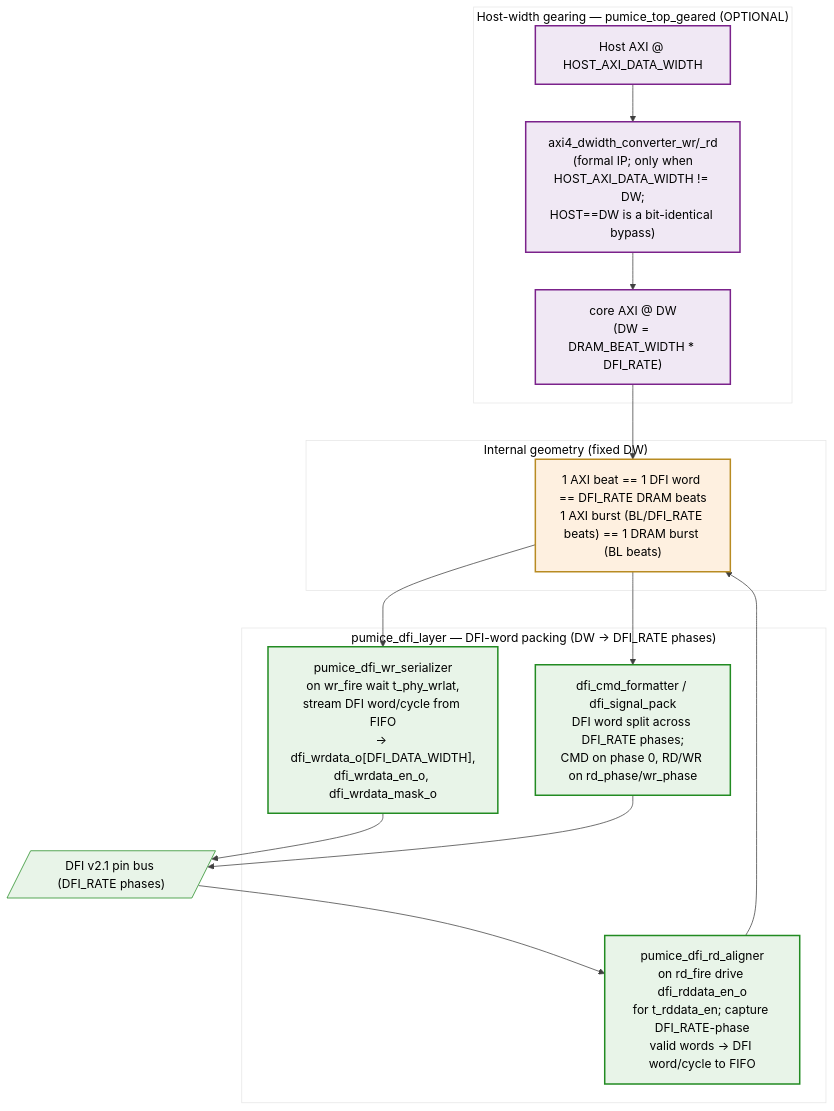
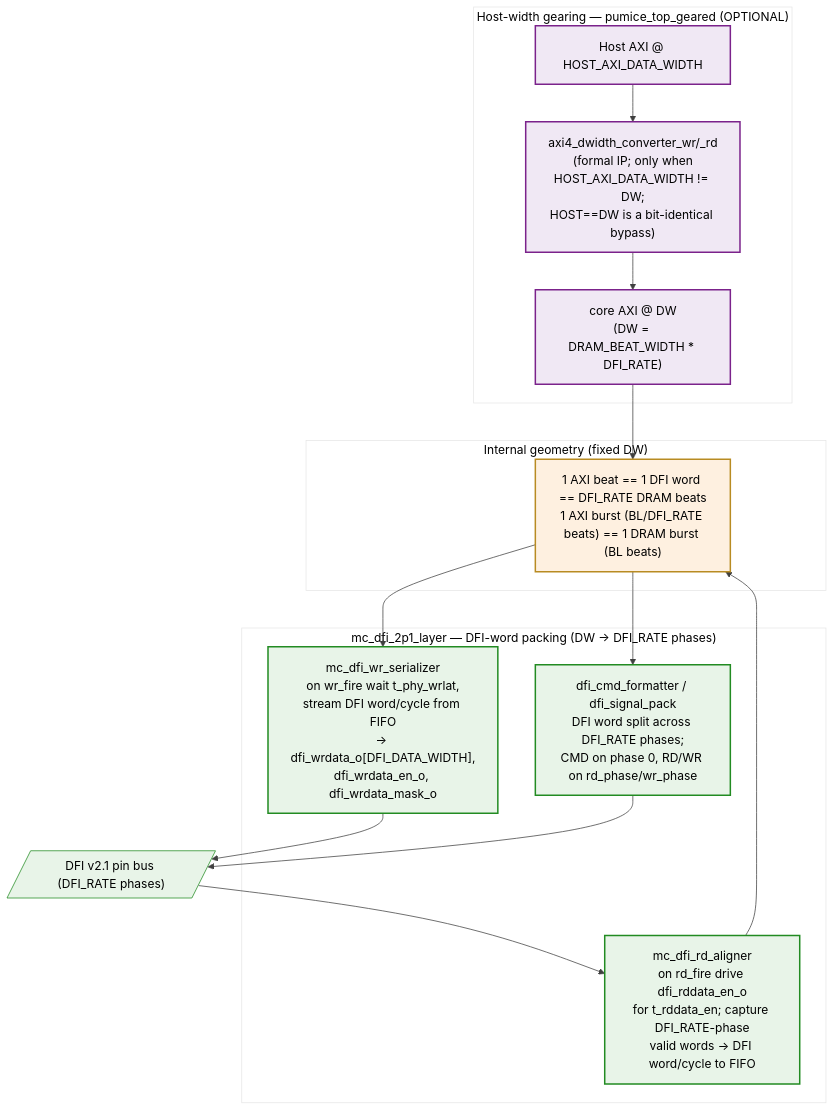
The diagram in projects/components/mem-ctrl-ip/research-ip/pumice-ddr2-lpddr2/docs/pumice_mas/assets/mermaid/13_gear_dfi_packing.mmd (sean-galloway/RTLDesignSherpa), drawn with Mermaid before and after one commit. The commit also changed 100 other files, not shown here.

```diff
--- a/projects/components/mem-ctrl-ip/research-ip/pumice-ddr2-lpddr2/docs/pumice_mas/assets/mermaid/13_gear_dfi_packing.mmd
+++ b/projects/components/mem-ctrl-ip/research-ip/pumice-ddr2-lpddr2/docs/pumice_mas/assets/mermaid/13_gear_dfi_packing.mmd
@@ -1,37 +1,37 @@
 %%{init: {'theme': 'base', 'themeVariables': { 'primaryColor': '#e8f4e8', 'primaryTextColor': '#000', 'primaryBorderColor': '#228B22', 'lineColor': '#404040', 'secondaryColor': '#f0f0f0', 'tertiaryColor': '#fff'}}}%%
 flowchart TB
     subgraph HOSTGEAR["Host-width gearing — pumice_top_geared (OPTIONAL)"]
         host["Host AXI @ HOST_AXI_DATA_WIDTH"]
         conv["axi4_dwidth_converter_wr/_rd<br/>(formal IP; only when<br/>HOST_AXI_DATA_WIDTH != DW;<br/>HOST==DW is a bit-identical bypass)"]
         core_axi["core AXI @ DW<br/>(DW = DRAM_BEAT_WIDTH * DFI_RATE)"]
     end
 
     subgraph INTERNAL["Internal geometry (fixed DW)"]
         geo["1 AXI beat == 1 DFI word == DFI_RATE DRAM beats<br/>1 AXI burst (BL/DFI_RATE beats) == 1 DRAM burst (BL beats)"]
     end
 
-    subgraph DFILAYER["pumice_dfi_layer — DFI-word packing (DW -> DFI_RATE phases)"]
-        wr_ser["pumice_dfi_wr_serializer<br/>on wr_fire wait t_phy_wrlat,<br/>stream DFI word/cycle from FIFO<br/>-> dfi_wrdata_o[DFI_DATA_WIDTH],<br/>dfi_wrdata_en_o, dfi_wrdata_mask_o"]
+    subgraph DFILAYER["mc_dfi_2p1_layer — DFI-word packing (DW -> DFI_RATE phases)"]
+        wr_ser["mc_dfi_wr_serializer<br/>on wr_fire wait t_phy_wrlat,<br/>stream DFI word/cycle from FIFO<br/>-> dfi_wrdata_o[DFI_DATA_WIDTH],<br/>dfi_wrdata_en_o, dfi_wrdata_mask_o"]
         cmd_fmt["dfi_cmd_formatter / dfi_signal_pack<br/>DFI word split across DFI_RATE phases;<br/>CMD on phase 0, RD/WR on rd_phase/wr_phase"]
-        rd_align["pumice_dfi_rd_aligner<br/>on rd_fire drive dfi_rddata_en_o<br/>for t_rddata_en; capture DFI_RATE-phase<br/>valid words -> DFI word/cycle to FIFO"]
+        rd_align["mc_dfi_rd_aligner<br/>on rd_fire drive dfi_rddata_en_o<br/>for t_rddata_en; capture DFI_RATE-phase<br/>valid words -> DFI word/cycle to FIFO"]
     end
 
     dfi_bus[/"DFI v2.1 pin bus (DFI_RATE phases)"/]
 
     host --> conv
     conv --> core_axi
     core_axi --> geo
     geo --> wr_ser
     geo --> cmd_fmt
     wr_ser --> dfi_bus
     cmd_fmt --> dfi_bus
     dfi_bus --> rd_align
     rd_align --> geo
 
     classDef gear fill:#f0e8f4,stroke:#7B228B,stroke-width:2px
     classDef geob fill:#fef0e0,stroke:#B88B22,stroke-width:2px
     classDef dfi fill:#e8f4e8,stroke:#228B22,stroke-width:2px
 
     class host,conv,core_axi gear
     class geo geob
     class wr_ser,cmd_fmt,rd_align dfi
```
